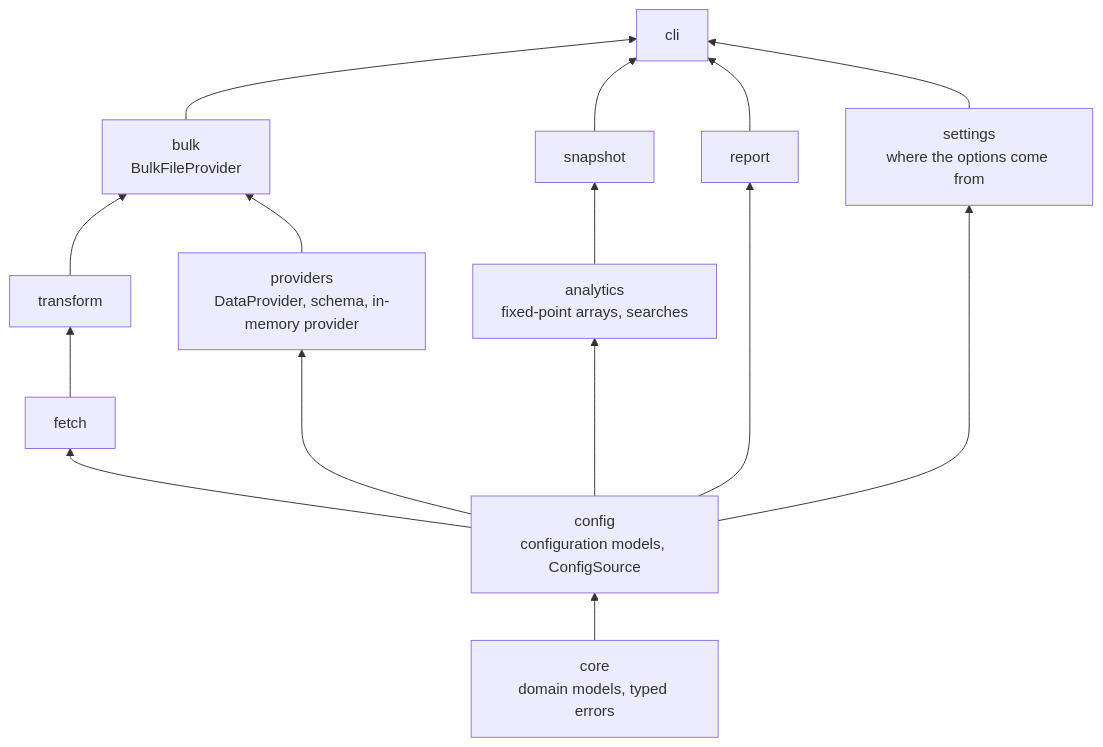
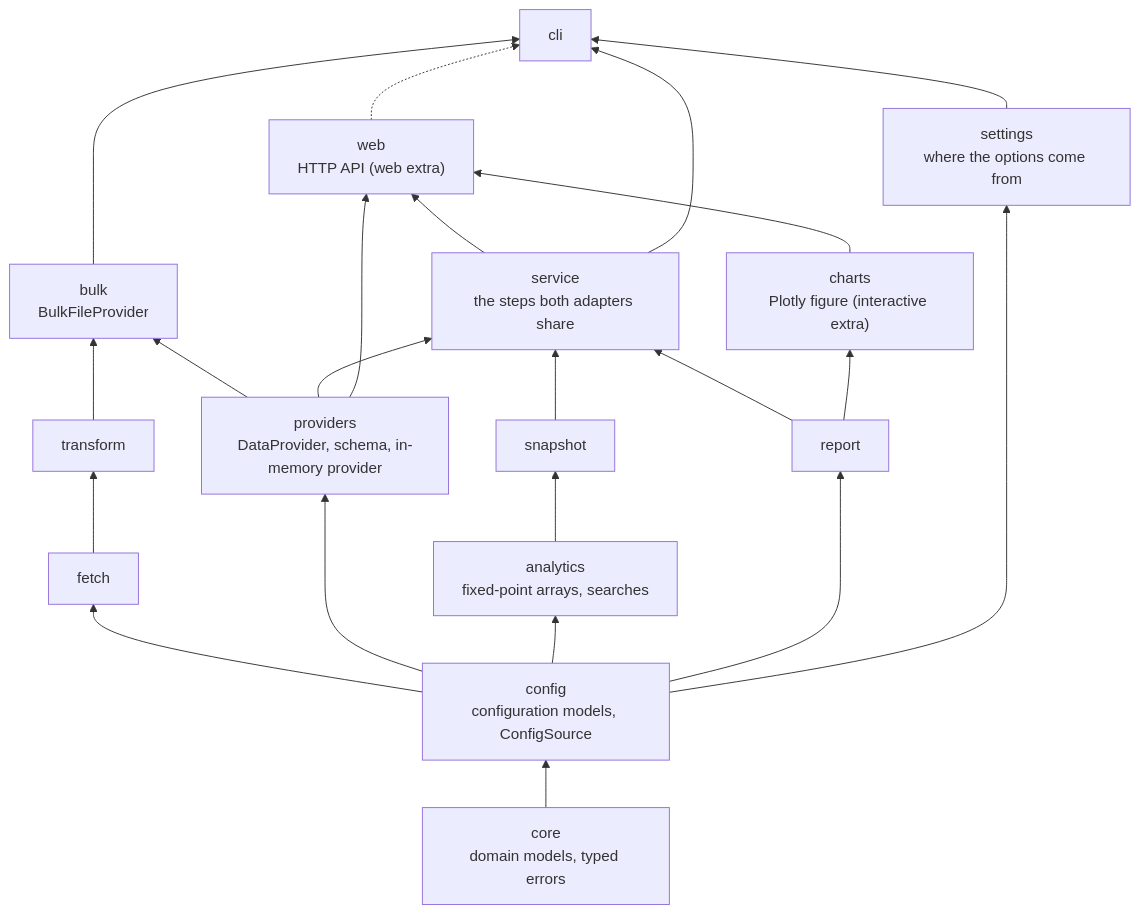
The second of 3 diagrams in docs/architecture.md (andrea-dm/policy-rate-monitor), drawn with Mermaid before and after one commit. The commit also changed other lines of this file and 30 other files, not shown here.

Commit message:
feat: add the http api over the shared service, with bis-prates serve

````diff
--- a/docs/architecture.md
+++ b/docs/architecture.md
@@ -33,29 +33,39 @@
 ```mermaid
 flowchart BT
     core["core<br/>domain models, typed errors"]
     config["config<br/>configuration models, ConfigSource"]
     fetch["fetch"]
     transform["transform"]
     providers["providers<br/>DataProvider, schema, in-memory provider"]
     bulk["bulk<br/>BulkFileProvider"]
     analytics["analytics<br/>fixed-point arrays, searches"]
     snapshot["snapshot"]
     report["report"]
+    service["service<br/>the steps both adapters share"]
+    charts["charts<br/>Plotly figure (interactive extra)"]
+    web["web<br/>HTTP API (web extra)"]
     settings["settings<br/>where the options come from"]
     cli["cli"]
 
     core --> config
     config --> fetch
     config --> providers
     config --> analytics
     fetch --> transform
     transform --> bulk
     providers --> bulk
     analytics --> snapshot
     config --> report
+    providers --> service
+    snapshot --> service
+    report --> service
+    report --> charts
+    charts --> web
+    service --> web
+    providers --> web
+    service --> cli
     bulk --> cli
-    snapshot --> cli
-    report --> cli
+    web -.-> cli
     config --> settings
     settings --> cli
 ```
````
